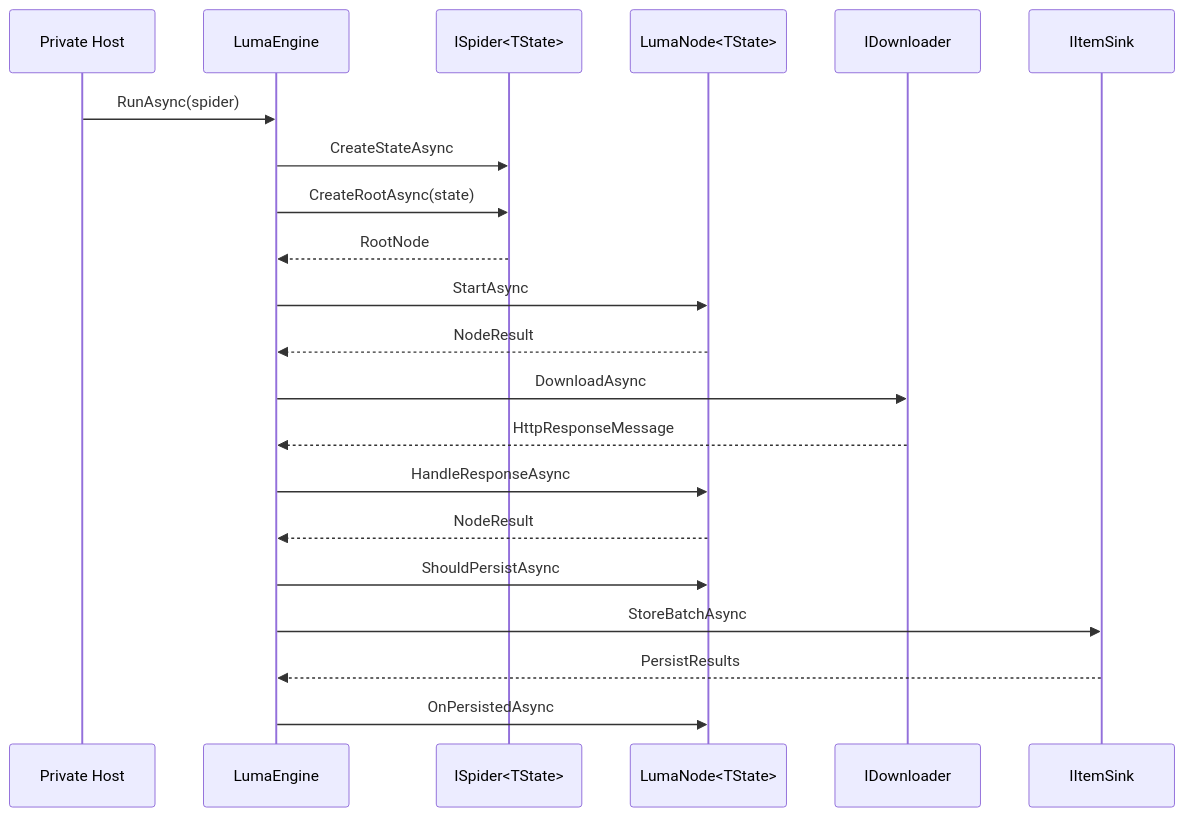
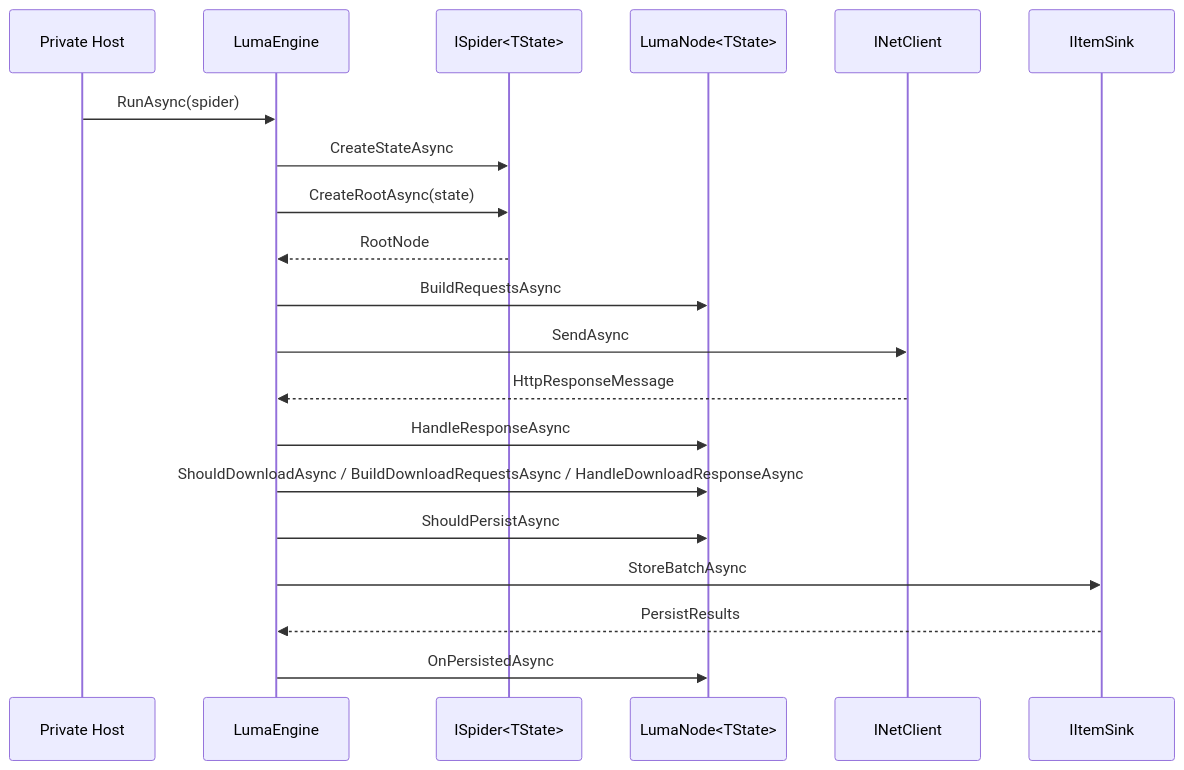
Before and after one commit to zeayii/luma: the diagram in Zeayii.Luma.Engine/README.en.md, drawn with Mermaid. The commit also changed other lines of this file and 7 other files, not shown here.

````diff
--- a/Zeayii.Luma.Engine/README.en.md
+++ b/Zeayii.Luma.Engine/README.en.md
@@ -18,24 +18,23 @@
 ```mermaid
 sequenceDiagram
     participant Host as Private Host
     participant Engine as LumaEngine
     participant Spider as ISpider<TState>
     participant Node as LumaNode<TState>
-    participant D as IDownloader
+    participant Net as INetClient
     participant Sink as IItemSink
 
     Host->>Engine: RunAsync(spider)
     Engine->>Spider: CreateStateAsync
     Engine->>Spider: CreateRootAsync(state)
     Spider-->>Engine: RootNode
-    Engine->>Node: StartAsync
-    Node-->>Engine: NodeResult
-    Engine->>D: DownloadAsync
-    D-->>Engine: HttpResponseMessage
+    Engine->>Node: BuildRequestsAsync
+    Engine->>Net: SendAsync
+    Net-->>Engine: HttpResponseMessage
     Engine->>Node: HandleResponseAsync
-    Node-->>Engine: NodeResult
+    Engine->>Node: ShouldDownloadAsync / BuildDownloadRequestsAsync / HandleDownloadResponseAsync
     Engine->>Node: ShouldPersistAsync
     Engine->>Sink: StoreBatchAsync
     Sink-->>Engine: PersistResults
     Engine->>Node: OnPersistedAsync
 ```
````
